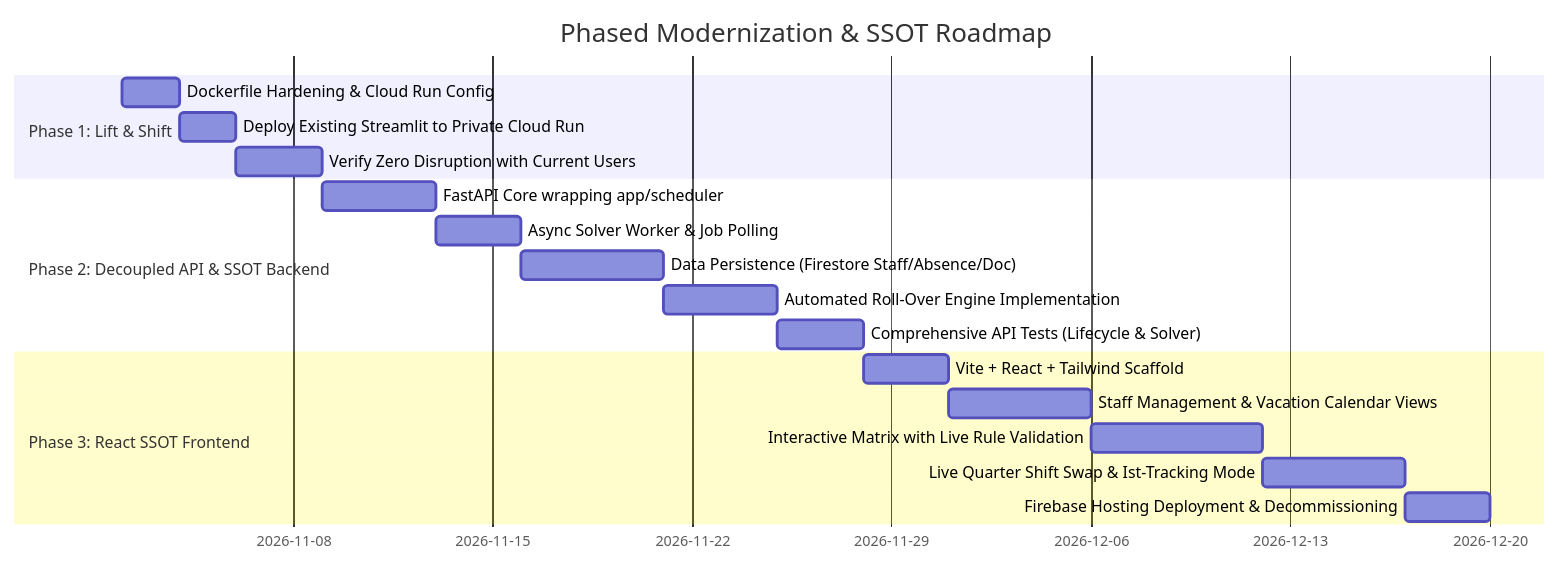
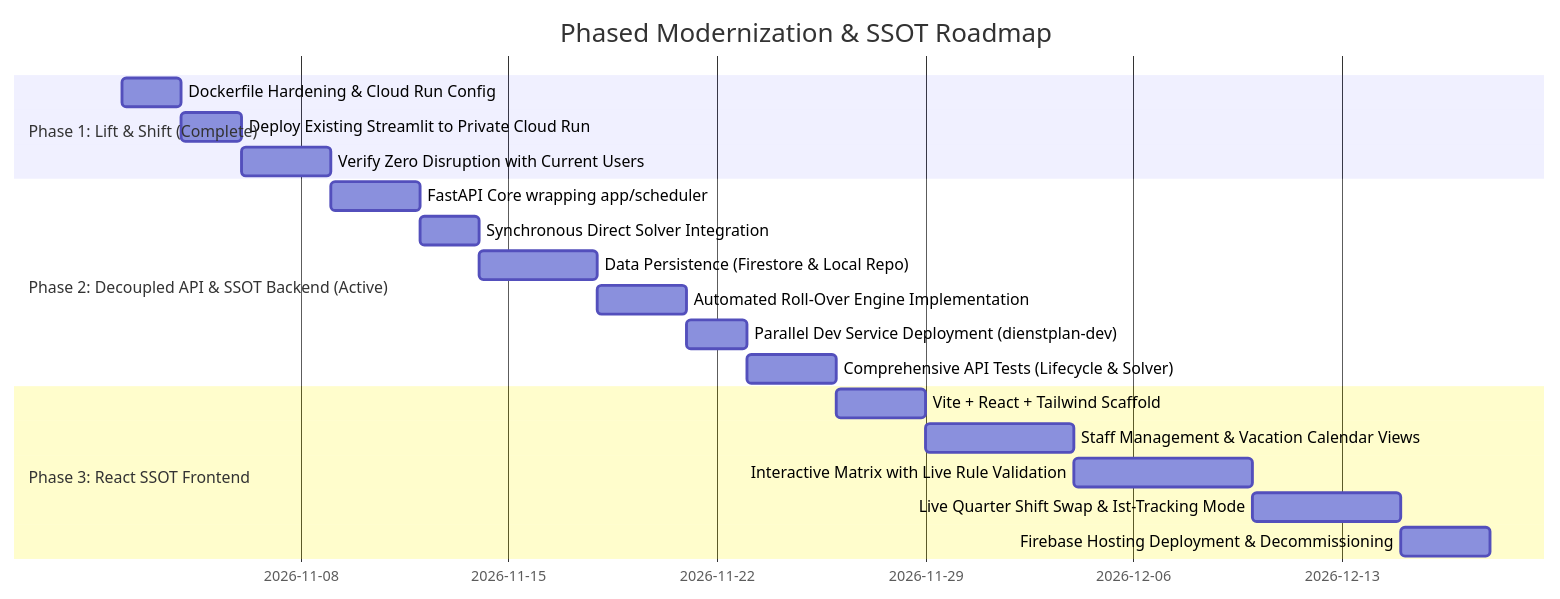
The third of 3 diagrams in documentation/PRDs/PRD_gcp_cloud_run_migration_and_modernization.md (ekovanda/scheduling), drawn with Mermaid before and after one commit. The commit also changed other lines of this file, not shown here.

Commit message:
docs(prd): specify synchronous solver execution and parallel dev cloud run target

````diff
--- a/documentation/PRDs/PRD_gcp_cloud_run_migration_and_modernization.md
+++ b/documentation/PRDs/PRD_gcp_cloud_run_migration_and_modernization.md
@@ -385,23 +398,24 @@
 ```mermaid
 gantt
     title Phased Modernization & SSOT Roadmap
     dateFormat  YYYY-MM-DD
-    section Phase 1: Lift & Shift
+    section Phase 1: Lift & Shift (Complete)
     Dockerfile Hardening & Cloud Run Config       :p1_1, 2026-11-02, 2d
     Deploy Existing Streamlit to Private Cloud Run:p1_2, after p1_1, 2d
     Verify Zero Disruption with Current Users     :p1_3, after p1_2, 3d
 
-    section Phase 2: Decoupled API & SSOT Backend
-    FastAPI Core wrapping app/scheduler           :p2_1, after p1_3, 4d
-    Async Solver Worker & Job Polling             :p2_2, after p2_1, 3d
-    Data Persistence (Firestore Staff/Absence/Doc):p2_3, after p2_2, 5d
-    Automated Roll-Over Engine Implementation     :p2_4, after p2_3, 4d
-    Comprehensive API Tests (Lifecycle & Solver)  :p2_5, after p2_4, 3d
+    section Phase 2: Decoupled API & SSOT Backend (Active)
+    FastAPI Core wrapping app/scheduler           :p2_1, after p1_3, 3d
+    Synchronous Direct Solver Integration         :p2_2, after p2_1, 2d
+    Data Persistence (Firestore & Local Repo)     :p2_3, after p2_2, 4d
+    Automated Roll-Over Engine Implementation     :p2_4, after p2_3, 3d
+    Parallel Dev Service Deployment (dienstplan-dev):p2_5, after p2_4, 2d
+    Comprehensive API Tests (Lifecycle & Solver)  :p2_6, after p2_5, 3d
 
     section Phase 3: React SSOT Frontend
-    Vite + React + Tailwind Scaffold              :p3_1, after p2_5, 3d
+    Vite + React + Tailwind Scaffold              :p3_1, after p2_6, 3d
     Staff Management & Vacation Calendar Views    :p3_2, after p3_1, 5d
     Interactive Matrix with Live Rule Validation  :p3_3, after p3_2, 6d
     Live Quarter Shift Swap & Ist-Tracking Mode   :p3_4, after p3_3, 5d
     Firebase Hosting Deployment & Decommissioning :p3_5, after p3_4, 3d
 ```
````
